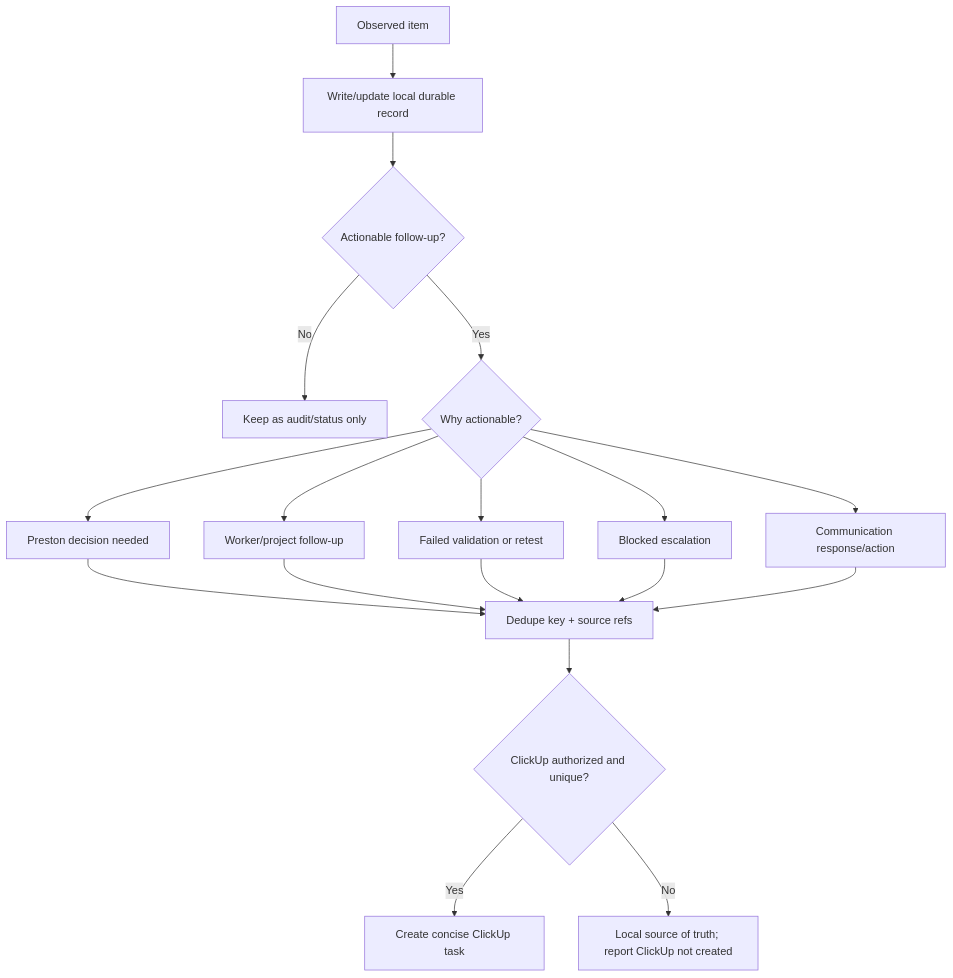
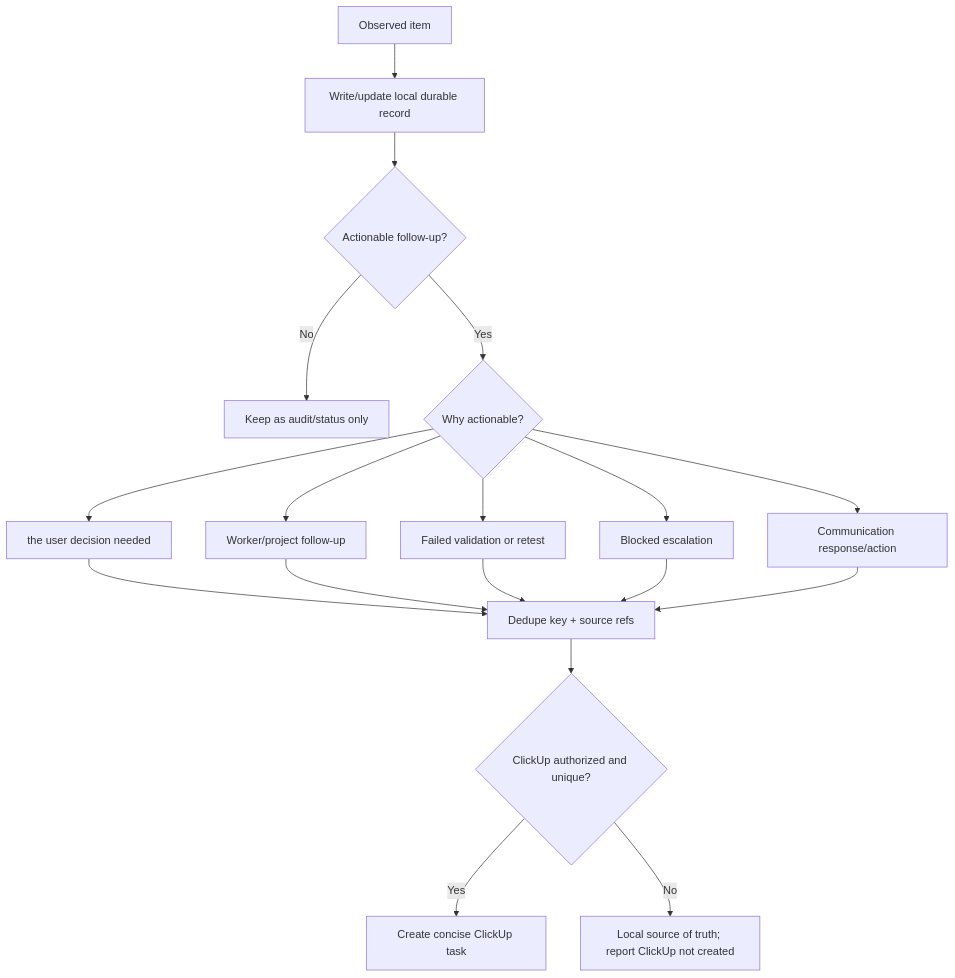
Before and after one commit to Splintered-Glass-Solutions/SGS_skills: the fifth of 7 diagrams in docs/pm-systems/architecture.md, drawn with Mermaid. The commit also changed other lines of this file and 162 other files, not shown here.

````diff
--- a/docs/pm-systems/architecture.md
+++ b/docs/pm-systems/architecture.md
@@ -140,24 +140,24 @@
 ```mermaid
 flowchart TD
   Item["Observed item"] --> Local["Write/update local durable record"]
   Local --> Actionable{"Actionable follow-up?"}
 
   Actionable -->|"No"| Audit["Keep as audit/status only"]
   Actionable -->|"Yes"| Kind{"Why actionable?"}
 
-  Kind --> Decision["Preston decision needed"]
+  Kind --> Decision["the user decision needed"]
   Kind --> Followup["Worker/project follow-up"]
   Kind --> Validation["Failed validation or retest"]
   Kind --> Blocker["Blocked escalation"]
   Kind --> CommsAction["Communication response/action"]
 
   Decision --> Dedupe["Dedupe key + source refs"]
   Followup --> Dedupe
   Validation --> Dedupe
   Blocker --> Dedupe
   CommsAction --> Dedupe
 
   Dedupe --> ClickUp{"ClickUp authorized and unique?"}
   ClickUp -->|"Yes"| Task["Create concise ClickUp task"]
   ClickUp -->|"No"| LocalOnly["Local source of truth; report ClickUp not created"]
 ```
````
